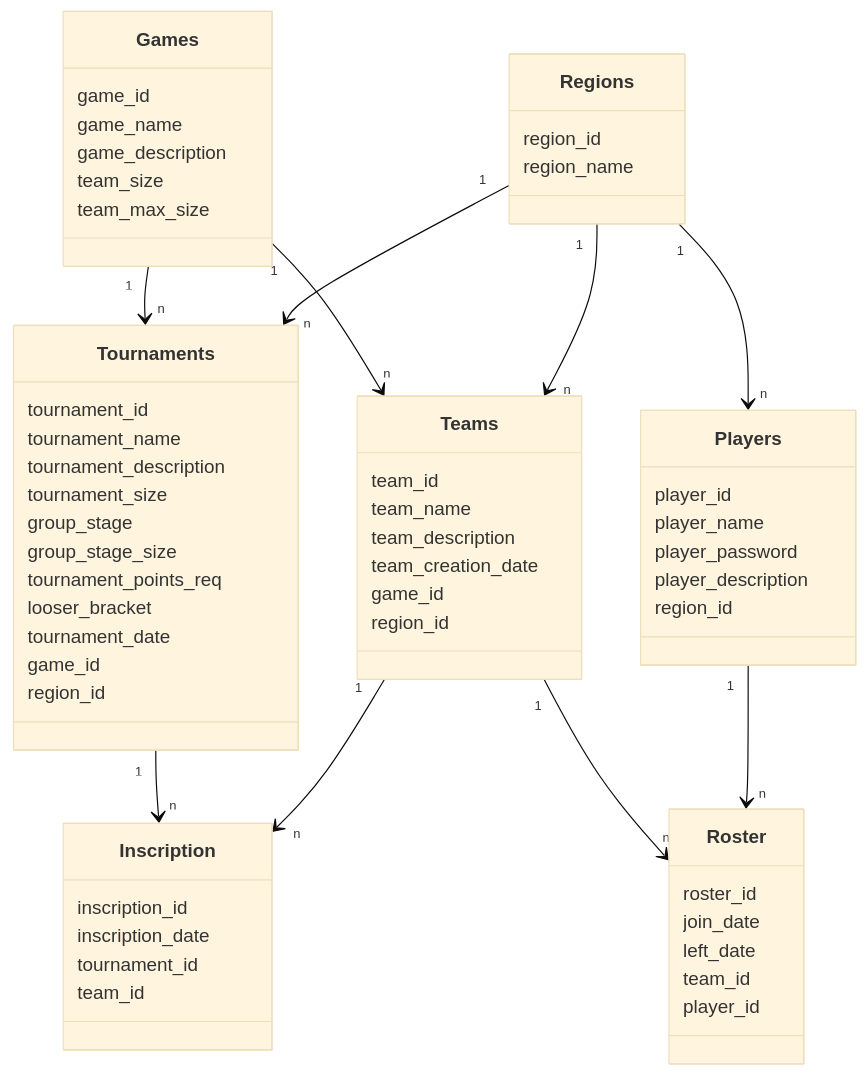
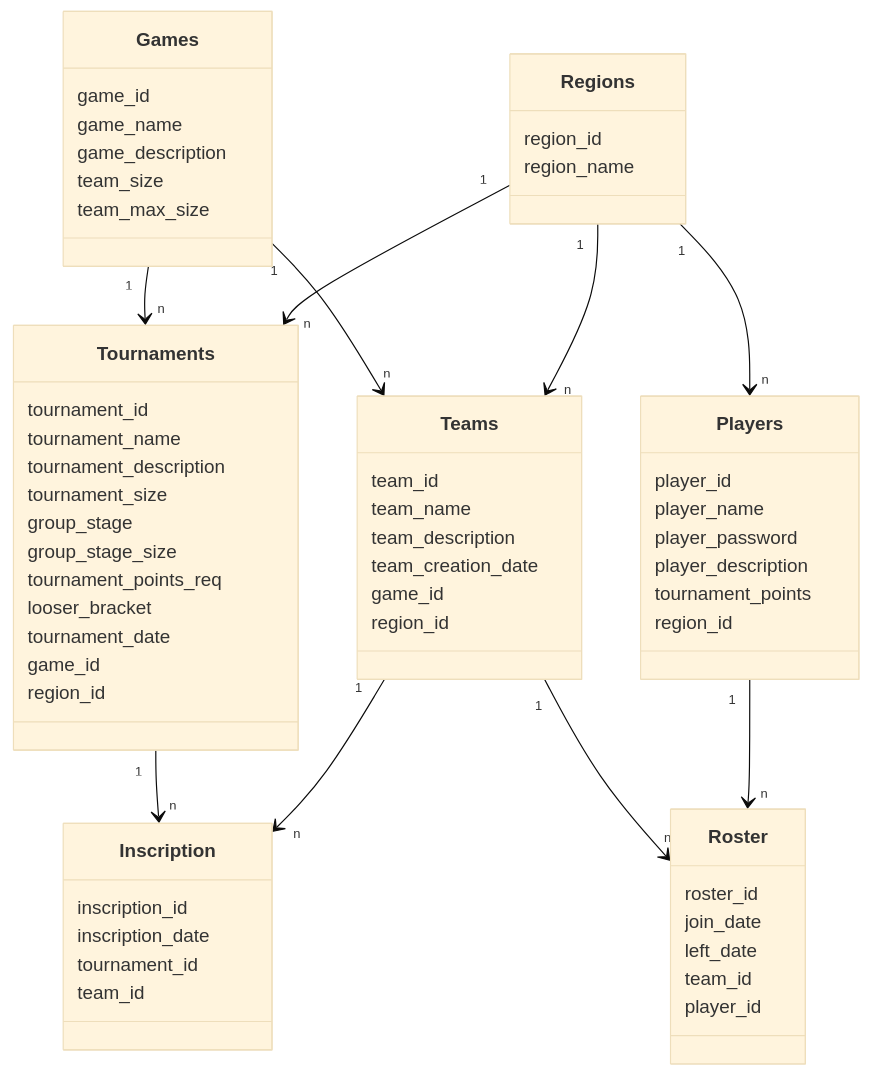
One commit to SilverClick/ChampionForge changed the diagram in Readme.md. Above: the diagram before and after it, drawn with Mermaid (base theme). The commit also changed other lines of this file, not shown here.

````diff
--- a/Readme.md
+++ b/Readme.md
@@ -1,70 +4,71 @@
 ```mermaid
 classDiagram
     class Tournaments {
         tournament_id
         tournament_name
         tournament_description
         tournament_size
         group_stage
         group_stage_size
         tournament_points_req
         looser_bracket
         tournament_date
         game_id
         region_id
     }
     
     class Teams {
         team_id
         team_name
         team_description
         team_creation_date
         game_id
         region_id
     }
     
     class Games {
         game_id
         game_name
         game_description
         team_size
         team_max_size
     }
     
     class Inscription {
         inscription_id
         inscription_date
         tournament_id
         team_id
     }
     
     class Roster {
         roster_id
         join_date
         left_date
         team_id
         player_id
     }
     
     class Players {
         player_id
         player_name
         player_password
         player_description
+        tournament_points
         region_id
     }
 
     class Regions {
         region_id
         region_name
     }
     Tournaments "1" --> "n" Inscription
     Teams "1" --> "n" Inscription
     Teams "1" --> "n" Roster
     Games "1" --> "n" Tournaments
     Games "1" --> "n" Teams
     Players "1" --> "n" Roster
     Regions "1" --> "n" Players
     Regions "1" --> "n" Teams
     Regions "1" --> "n" Tournaments
 ```
````
